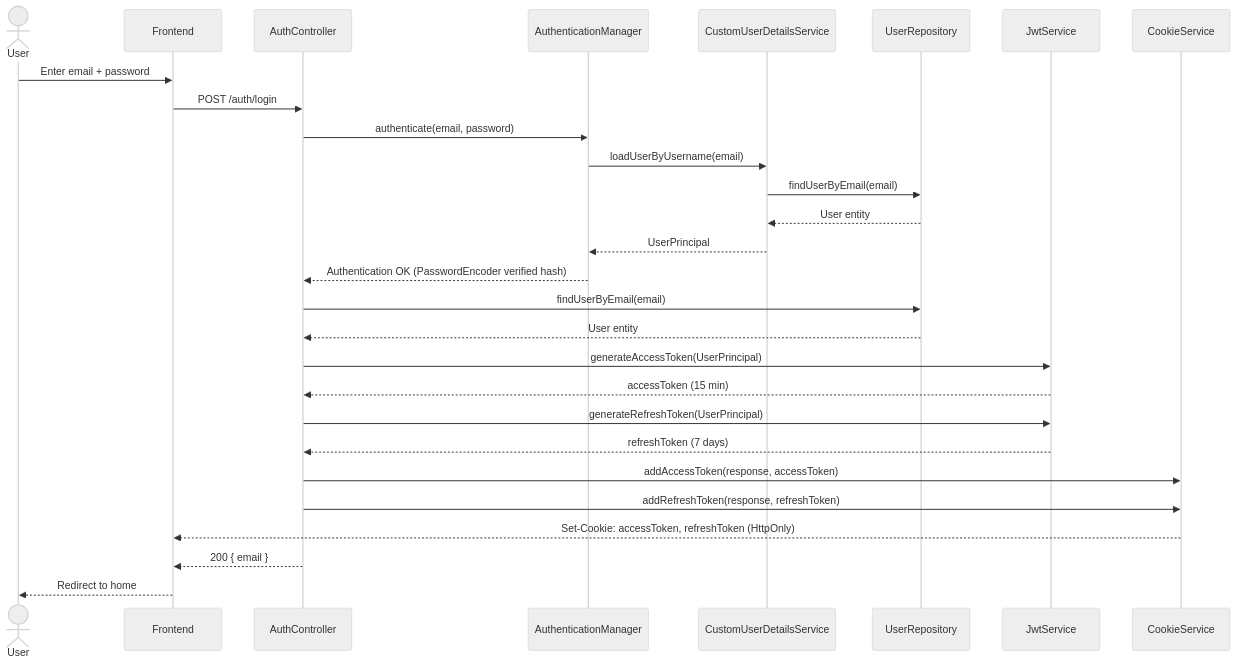
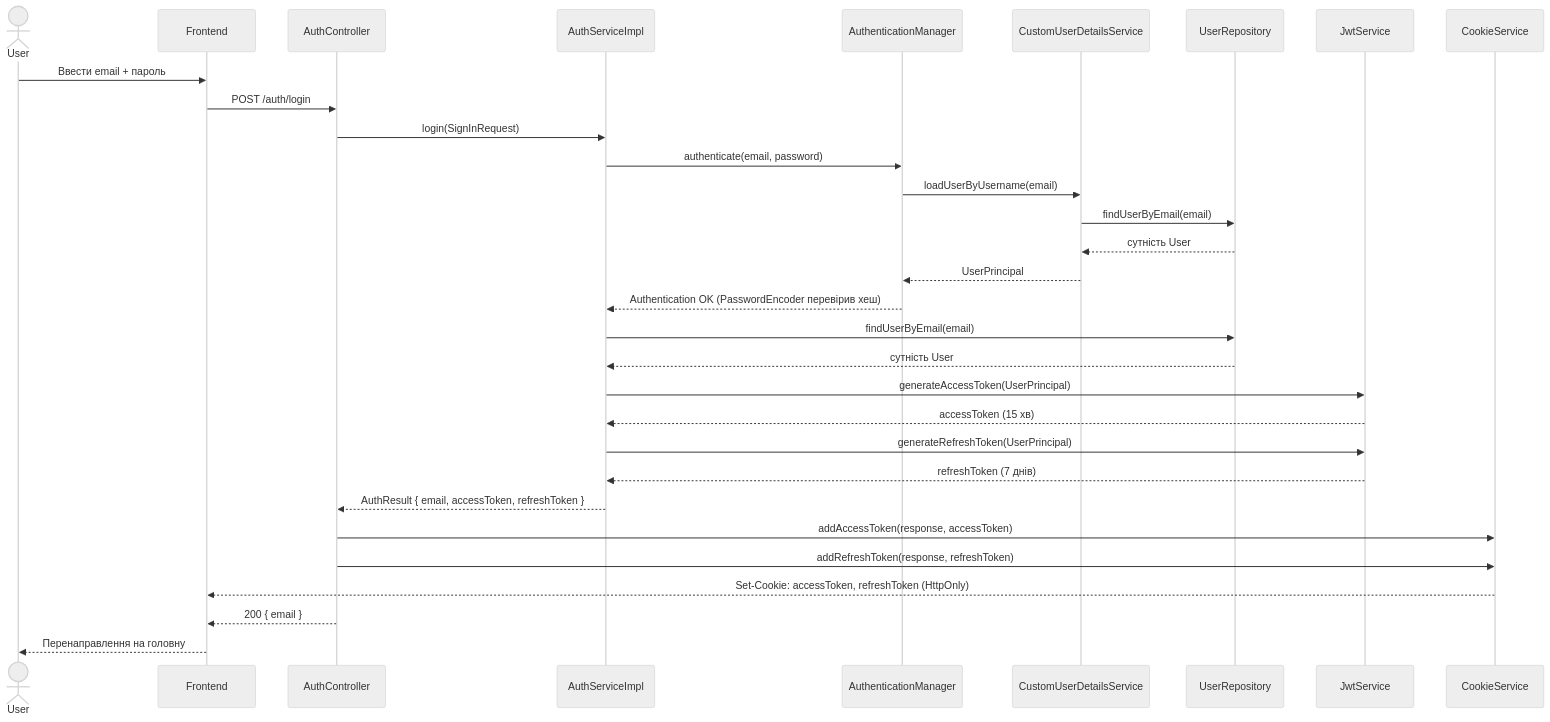
The diagram in docs/auth/sign-in.md (MaksymChalyi/Verdora-backend), drawn with Mermaid (neutral theme) before and after one commit. The commit also changed other lines of this file and 12 other files, not shown here.

````diff
--- a/docs/auth/sign-in.md
+++ b/docs/auth/sign-in.md
@@ -56,37 +58,42 @@
 ```mermaid
 sequenceDiagram
     actor User
     participant Frontend
     participant AuthController
+    participant AuthServiceImpl
     participant AuthenticationManager
     participant CustomUserDetailsService
     participant UserRepository
     participant JwtService
     participant CookieService
 
-    User->>Frontend: Enter email + password
+    User->>Frontend: Ввести email + пароль
     Frontend->>AuthController: POST /auth/login
 
-    AuthController->>AuthenticationManager: authenticate(email, password)
+    AuthController->>AuthServiceImpl: login(SignInRequest)
+
+    AuthServiceImpl->>AuthenticationManager: authenticate(email, password)
     AuthenticationManager->>CustomUserDetailsService: loadUserByUsername(email)
     CustomUserDetailsService->>UserRepository: findUserByEmail(email)
-    UserRepository-->>CustomUserDetailsService: User entity
+    UserRepository-->>CustomUserDetailsService: сутність User
     CustomUserDetailsService-->>AuthenticationManager: UserPrincipal
-    AuthenticationManager-->>AuthController: Authentication OK (PasswordEncoder verified hash)
+    AuthenticationManager-->>AuthServiceImpl: Authentication OK (PasswordEncoder перевірив хеш)
 
-    AuthController->>UserRepository: findUserByEmail(email)
-    UserRepository-->>AuthController: User entity
+    AuthServiceImpl->>UserRepository: findUserByEmail(email)
+    UserRepository-->>AuthServiceImpl: сутність User
 
-    AuthController->>JwtService: generateAccessToken(UserPrincipal)
-    JwtService-->>AuthController: accessToken (15 min)
+    AuthServiceImpl->>JwtService: generateAccessToken(UserPrincipal)
+    JwtService-->>AuthServiceImpl: accessToken (15 хв)
 
-    AuthController->>JwtService: generateRefreshToken(UserPrincipal)
-    JwtService-->>AuthController: refreshToken (7 days)
+    AuthServiceImpl->>JwtService: generateRefreshToken(UserPrincipal)
+    JwtService-->>AuthServiceImpl: refreshToken (7 днів)
+
+    AuthServiceImpl-->>AuthController: AuthResult { email, accessToken, refreshToken }
 
     AuthController->>CookieService: addAccessToken(response, accessToken)
     AuthController->>CookieService: addRefreshToken(response, refreshToken)
     CookieService-->>Frontend: Set-Cookie: accessToken, refreshToken (HttpOnly)
 
     AuthController-->>Frontend: 200 { email }
-    Frontend-->>User: Redirect to home
+    Frontend-->>User: Перенаправлення на головну
 ```
````
